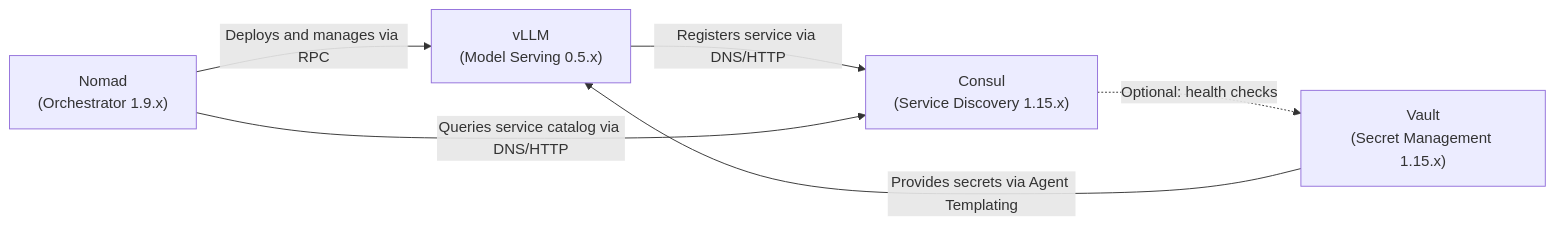
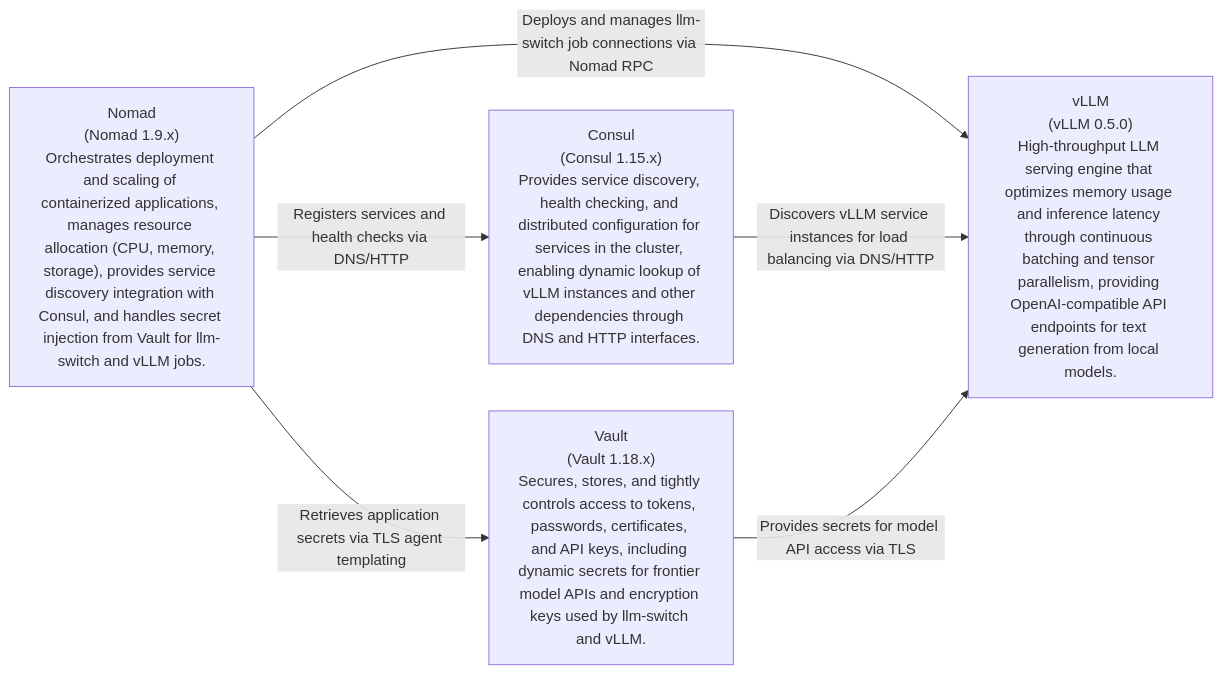
Before and after one commit to geraldthewes/llm-switch: the diagram in knowledge/architecture/decisions/ADR-001-vllm-deployment-architecture.md, drawn with Mermaid. The commit also changed other lines of this file and 5 other files, not shown here.

````diff
--- a/knowledge/architecture/decisions/ADR-001-vllm-deployment-architecture.md
+++ b/knowledge/architecture/decisions/ADR-001-vllm-deployment-architecture.md
@@ -31,15 +30,15 @@
 ```mermaid
 flowchart LR
-    %% Container Nodes
-    nomad["Nomad\n(Orchestrator 1.9.x)"]
-    consul["Consul\n(Service Discovery 1.15.x)"]
-    vault["Vault\n(Secret Management 1.15.x)"]
-    vllm["vLLM\n(Model Serving 0.5.x)"]
+    %% Container Nodes with responsibility descriptions (10-50 words)
+    nomad["Nomad\n(Nomad 1.9.x)\nOrchestrates deployment and scaling of containerized applications, manages resource allocation (CPU, memory, storage), provides service discovery integration with Consul, and handles secret injection from Vault for llm-switch and vLLM jobs."]
+    consul["Consul\n(Consul 1.15.x)\nProvides service discovery, health checking, and distributed configuration for services in the cluster, enabling dynamic lookup of vLLM instances and other dependencies through DNS and HTTP interfaces."]
+    vault["Vault\n(Vault 1.18.x)\nSecures, stores, and tightly controls access to tokens, passwords, certificates, and API keys, including dynamic secrets for frontier model APIs and encryption keys used by llm-switch and vLLM."]
+    vllm["vLLM\n(vLLM 0.5.0)\nHigh-throughput LLM serving engine that optimizes memory usage and inference latency through continuous batching and tensor parallelism, providing OpenAI-compatible API endpoints for text generation from local models."]
 
     %% Relationships
-    nomad -->|"Deploys and manages via RPC"| vllm
-    vllm -->|"Registers service via DNS/HTTP"| consul
-    nomad -->|"Queries service catalog via DNS/HTTP"| consul
-    vault -->|"Provides secrets via Agent Templating"| vllm
-    consul -.->|"Optional: health checks"| vault
+    nomad -->|"Registers services and health checks via DNS/HTTP"| consul
+    nomad -->|"Retrieves application secrets via TLS agent templating"| vault
+    nomad -->|"Deploys and manages llm-switch job connections via Nomad RPC"| vllm
+    consul -->|"Discovers vLLM service instances for load balancing via DNS/HTTP"| vllm
+    vault -->|"Provides secrets for model API access via TLS"| vllm
 ```
````
